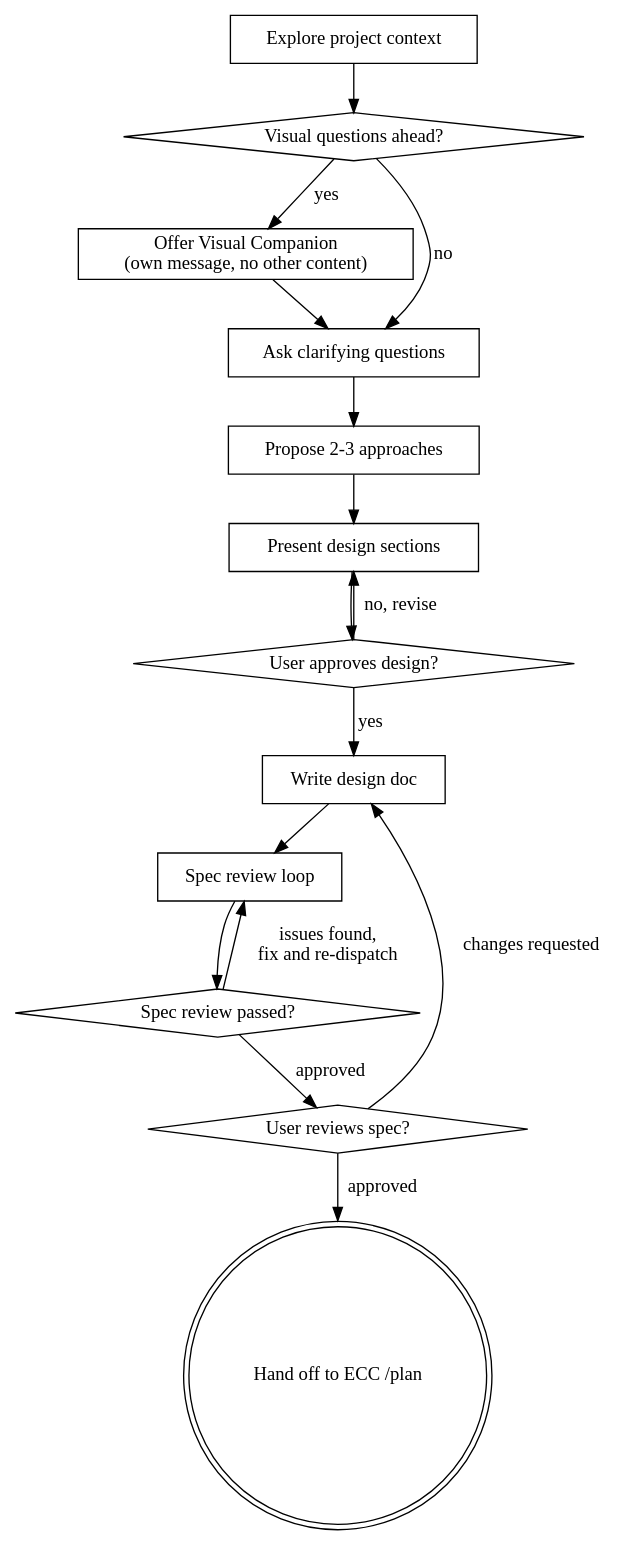
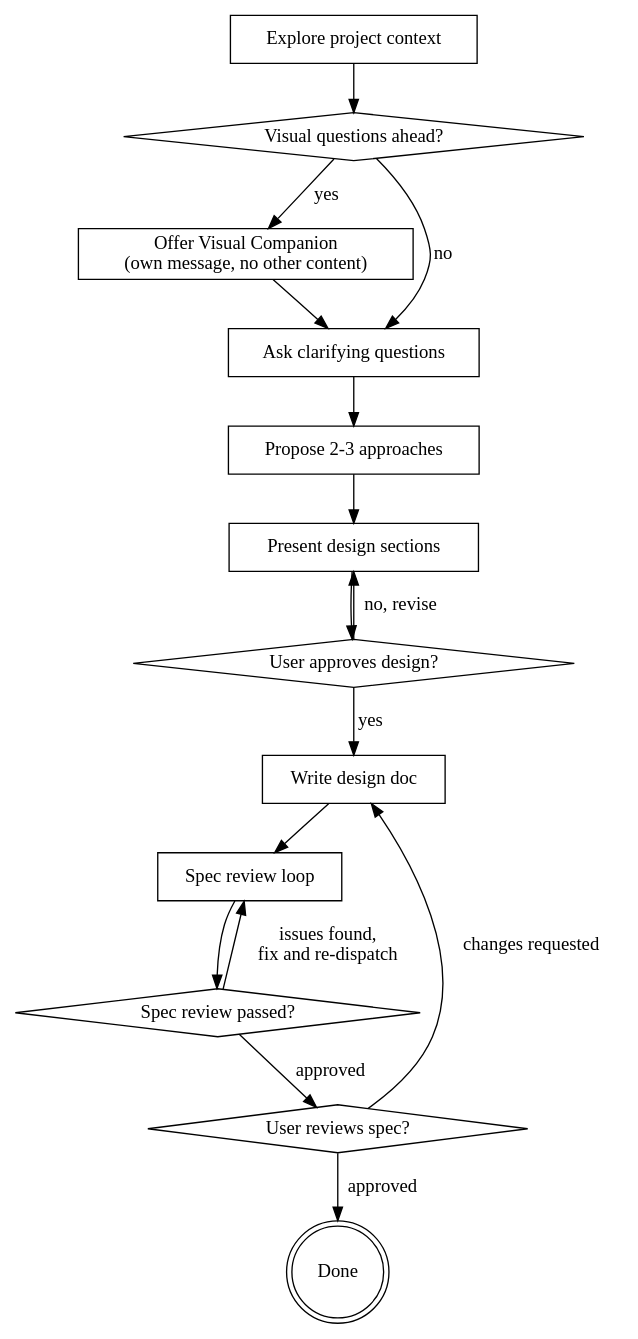
One commit to citruseason/flow changed the diagram in skills/brainstorming/SKILL.md. Above: the diagram before and after it, drawn with Graphviz. The commit also changed other lines of this file and 4 other files, not shown here.

````diff
--- a/skills/brainstorming/SKILL.md
+++ b/skills/brainstorming/SKILL.md
@@ -37,32 +36,32 @@
 ```dot
 digraph brainstorming {
     "Explore project context" [shape=box];
     "Visual questions ahead?" [shape=diamond];
     "Offer Visual Companion\n(own message, no other content)" [shape=box];
     "Ask clarifying questions" [shape=box];
     "Propose 2-3 approaches" [shape=box];
     "Present design sections" [shape=box];
     "User approves design?" [shape=diamond];
     "Write design doc" [shape=box];
     "Spec review loop" [shape=box];
     "Spec review passed?" [shape=diamond];
     "User reviews spec?" [shape=diamond];
-    "Hand off to ECC /plan" [shape=doublecircle];
+    "Done" [shape=doublecircle];
 
     "Explore project context" -> "Visual questions ahead?";
     "Visual questions ahead?" -> "Offer Visual Companion\n(own message, no other content)" [label="yes"];
     "Visual questions ahead?" -> "Ask clarifying questions" [label="no"];
     "Offer Visual Companion\n(own message, no other content)" -> "Ask clarifying questions";
     "Ask clarifying questions" -> "Propose 2-3 approaches";
     "Propose 2-3 approaches" -> "Present design sections";
     "Present design sections" -> "User approves design?";
     "User approves design?" -> "Present design sections" [label="no, revise"];
     "User approves design?" -> "Write design doc" [label="yes"];
     "Write design doc" -> "Spec review loop";
     "Spec review loop" -> "Spec review passed?";
     "Spec review passed?" -> "Spec review loop" [label="issues found,\nfix and re-dispatch"];
     "Spec review passed?" -> "User reviews spec?" [label="approved"];
     "User reviews spec?" -> "Write design doc" [label="changes requested"];
-    "User reviews spec?" -> "Hand off to ECC /plan" [label="approved"];
+    "User reviews spec?" -> "Done" [label="approved"];
 }
 ```
````
